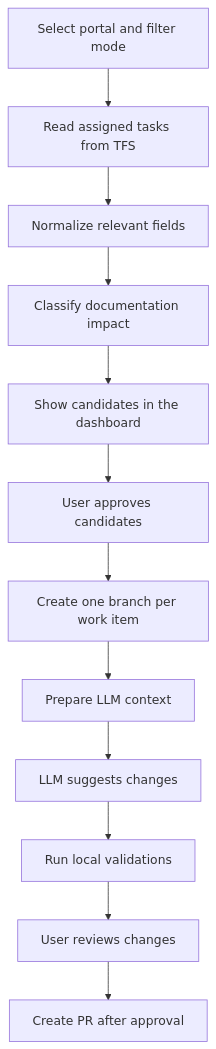
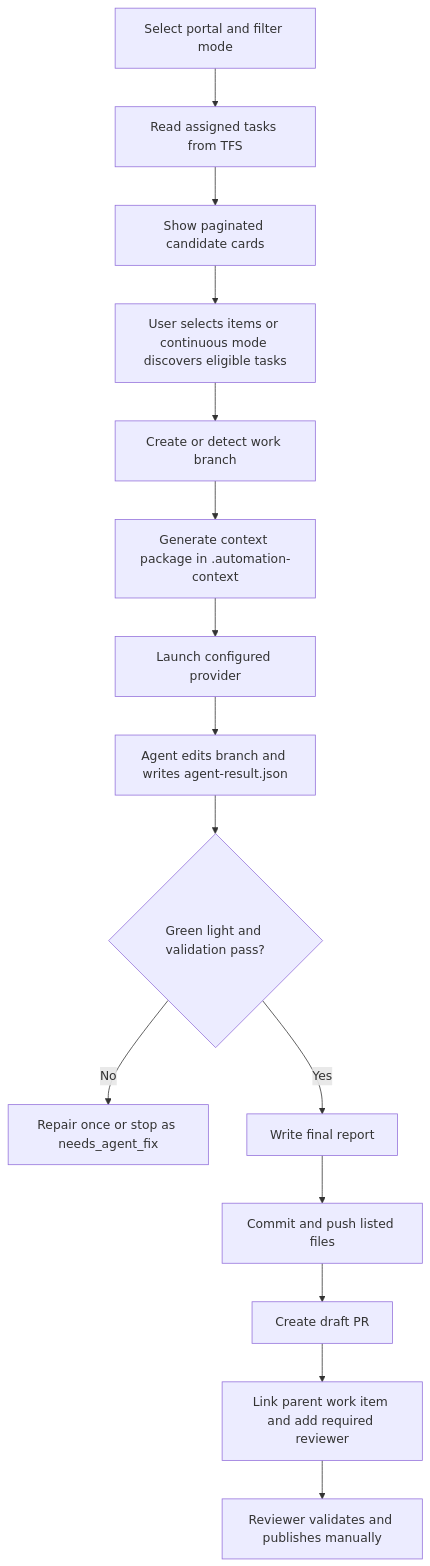
One commit to jpsmoreira-com/CM-AI-Content-Skills changed the diagram in projects/tfs-doc-automation-mvp/docs/technical-design.md. Above: the diagram before and after it, drawn with Mermaid. The commit also changed other lines of this file and 25 other files, not shown here.

````diff
--- a/projects/tfs-doc-automation-mvp/docs/technical-design.md
+++ b/projects/tfs-doc-automation-mvp/docs/technical-design.md
@@ -86,14 +98,17 @@
 ```mermaid
 flowchart TD
     A["Select portal and filter mode"] --> B["Read assigned tasks from TFS"]
-    B --> C["Normalize relevant fields"]
-    C --> D["Classify documentation impact"]
-    D --> E["Show candidates in the dashboard"]
-    E --> F["User approves candidates"]
-    F --> G["Create one branch per work item"]
-    G --> H["Prepare LLM context"]
-    H --> I["LLM suggests changes"]
-    I --> J["Run local validations"]
-    J --> K["User reviews changes"]
-    K --> L["Create PR after approval"]
+    B --> C["Show paginated candidate cards"]
+    C --> D["User selects items or continuous mode discovers eligible tasks"]
+    D --> E["Create or detect work branch"]
+    E --> F["Generate context package in .automation-context"]
+    F --> G["Launch configured provider"]
+    G --> H["Agent edits branch and writes agent-result.json"]
+    H --> I{"Green light and validation pass?"}
+    I -- "No" --> J["Repair once or stop as needs_agent_fix"]
+    I -- "Yes" --> K["Write final report"]
+    K --> L["Commit and push listed files"]
+    L --> M["Create draft PR"]
+    M --> N["Link parent work item and add required reviewer"]
+    N --> O["Reviewer validates and publishes manually"]
 ```
````
